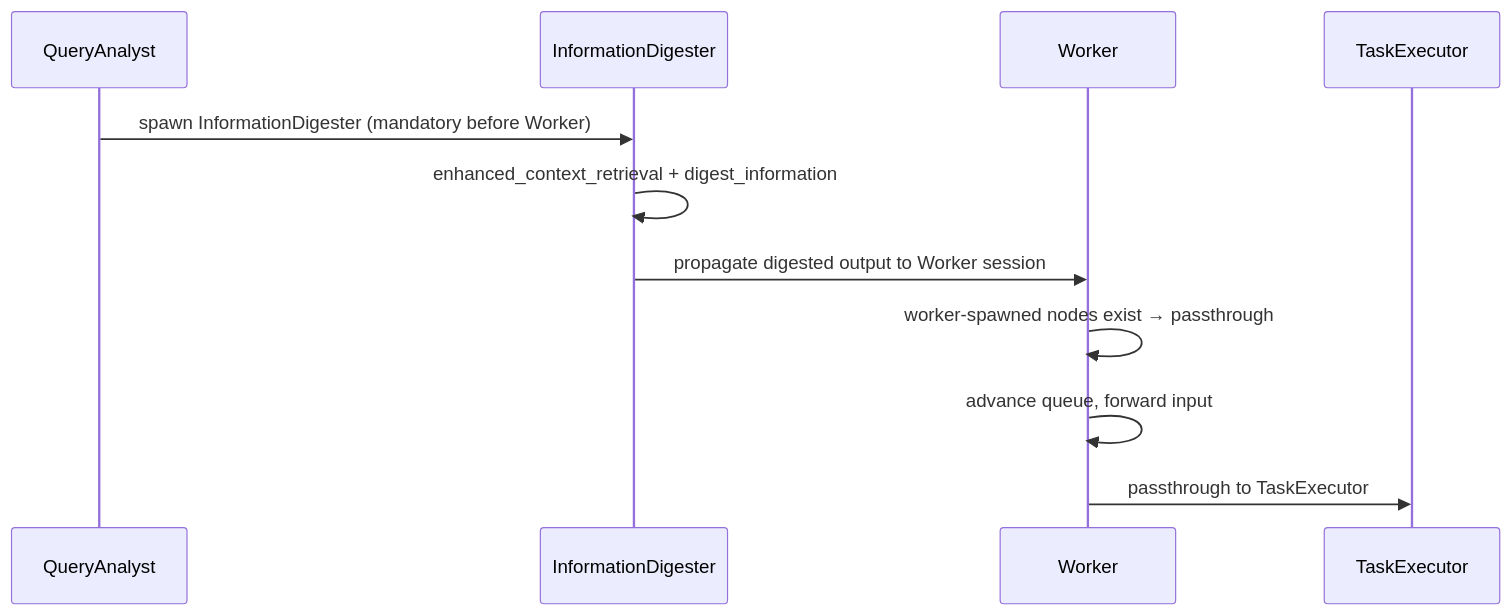
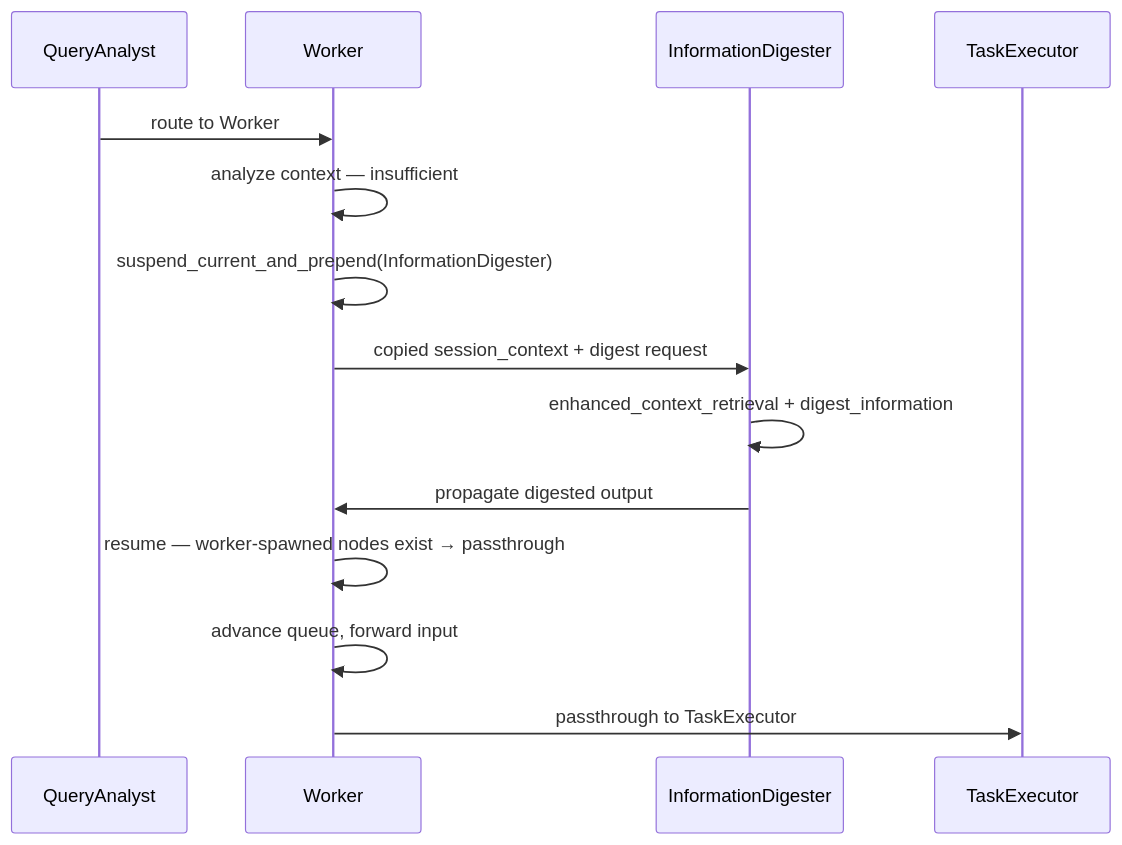
The seventh of 17 diagrams in src/tinycua/docs/design/loops/expected_scenarios.md (VJyzCELERY/TINYCUA), drawn with Mermaid before and after one commit. The commit also changed other lines of this file and 5 other files, not shown here.

First line of the commit message:
fix(design): WorkerNode suspends itself for InformationDigester (not QueryAnalyst)

````diff
--- a/src/tinycua/docs/design/loops/expected_scenarios.md
+++ b/src/tinycua/docs/design/loops/expected_scenarios.md
@@ -208,14 +214,17 @@
 ```mermaid
 sequenceDiagram
     participant QA as QueryAnalyst
+    participant W as Worker
     participant ID as InformationDigester
-    participant W as Worker
     participant TE as TaskExecutor
 
-    QA->>ID: spawn InformationDigester (mandatory before Worker)
+    QA->>W: route to Worker
+    W->>W: analyze context — insufficient
+    W->>W: suspend_current_and_prepend(InformationDigester)
+    W->>ID: copied session_context + digest request
     ID->>ID: enhanced_context_retrieval + digest_information
-    ID->>W: propagate digested output to Worker session
-    W->>W: worker-spawned nodes exist → passthrough
+    ID->>W: propagate digested output
+    W->>W: resume — worker-spawned nodes exist → passthrough
     W->>W: advance queue, forward input
     W->>TE: passthrough to TaskExecutor
 ```
````
